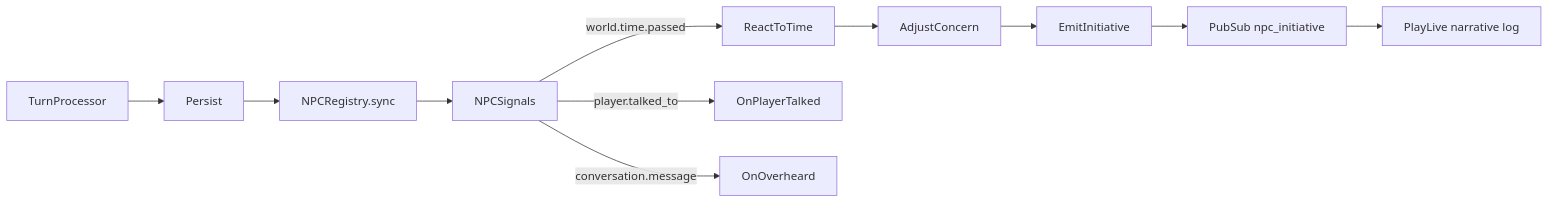
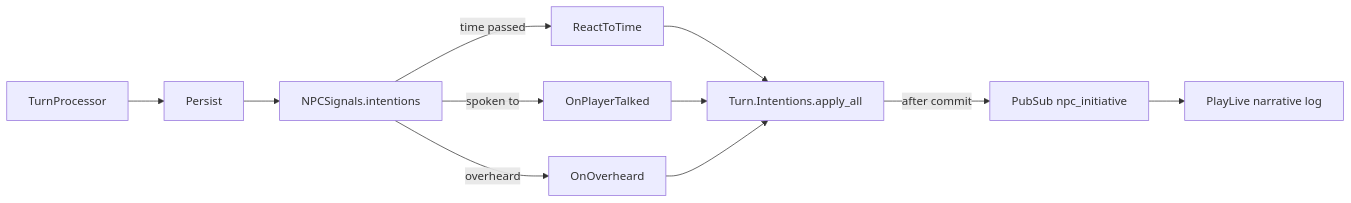
The first of 3 diagrams in docs/architecture.md (fpahlen/ex-tales-forge), drawn with Mermaid before and after one commit. The commit also changed other lines of this file and 33 other files, not shown here.

First line of the commit message:
Refactor 10e: NPC Intentions that the turn applies; Memory and Thought take the actor from the turn

````diff
--- a/docs/architecture.md
+++ b/docs/architecture.md
@@ -247,13 +251,13 @@
 ```mermaid
 flowchart LR
   TP[TurnProcessor] --> Persist
-  Persist --> Sync[NPCRegistry.sync]
-  Sync --> Sig[NPCSignals]
-  Sig -->|"world.time.passed"| RT[ReactToTime]
-  Sig -->|"player.talked_to"| Talk[OnPlayerTalked]
-  Sig -->|"conversation.message"| Over[OnOverheard]
-  RT --> Adj[AdjustConcern]
-  Adj --> Emit[EmitInitiative]
-  Emit --> PS[PubSub npc_initiative]
+  Persist --> Sig[NPCSignals.intentions]
+  Sig -->|"time passed"| RT[ReactToTime]
+  Sig -->|"spoken to"| Talk[OnPlayerTalked]
+  Sig -->|"overheard"| Over[OnOverheard]
+  RT --> Apply[Turn.Intentions.apply_all]
+  Talk --> Apply
+  Over --> Apply
+  Apply -->|"after commit"| PS[PubSub npc_initiative]
   PS --> LV[PlayLive narrative log]
 ```
````
